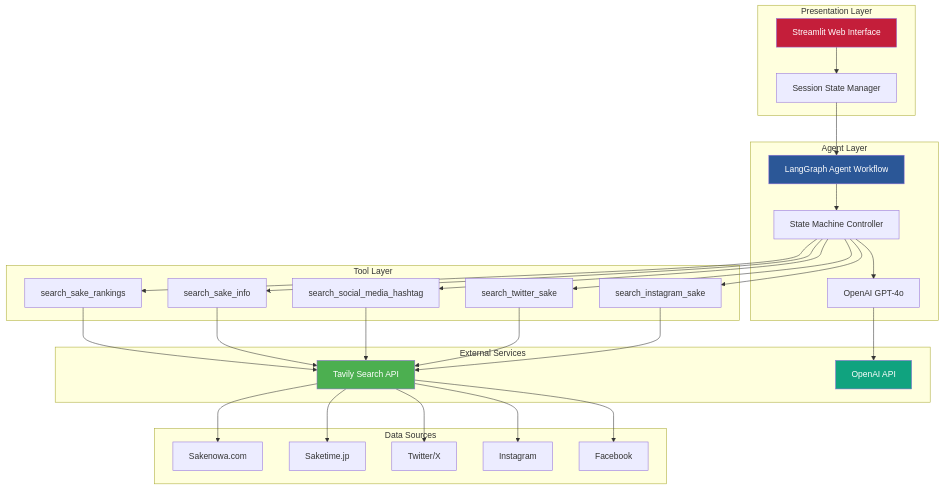
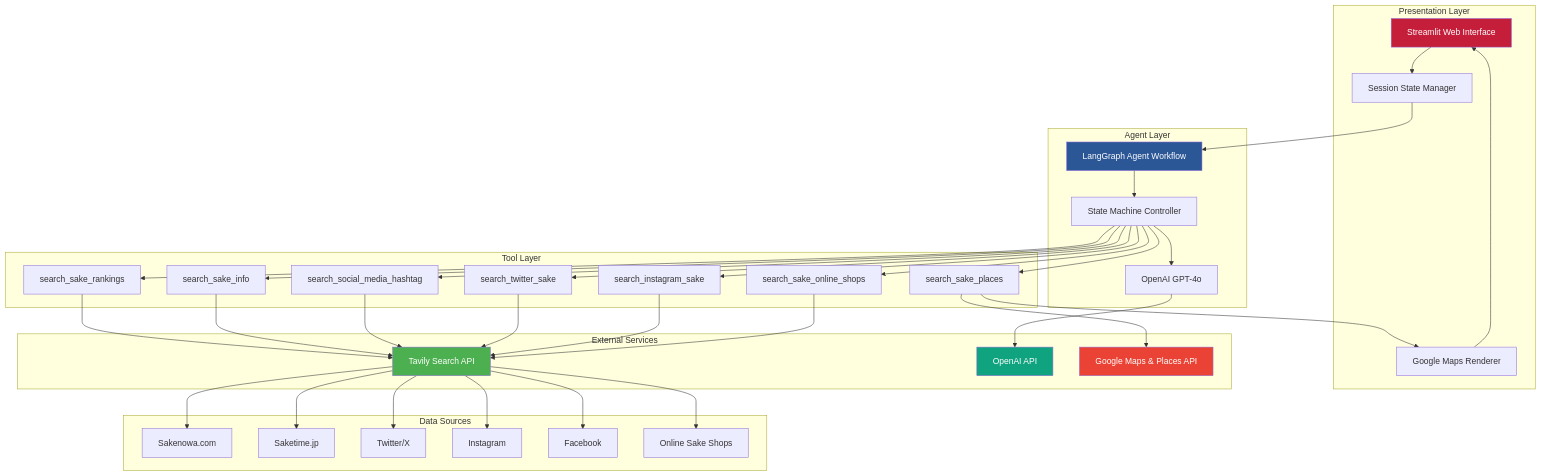
One commit to riko-py-mk/japan_sake_guide_app changed the first of 13 diagrams in SYSTEM_DIAGRAM.md. Above: the diagram before and after it, drawn with Mermaid. The commit also changed other lines of this file and 1 other file, not shown here.

First line of the commit message:
Update README and system architecture documentation

````diff
--- a/SYSTEM_DIAGRAM.md
+++ b/SYSTEM_DIAGRAM.md
@@ -16,48 +16,57 @@
 ```mermaid
 graph TB
     subgraph "Presentation Layer"
         UI[Streamlit Web Interface]
         SS[Session State Manager]
+        MAP[Google Maps Renderer]
     end
 
     subgraph "Agent Layer"
         AG[LangGraph Agent Workflow]
         SM[State Machine Controller]
         LLM[OpenAI GPT-4o]
     end
 
     subgraph "Tool Layer"
         T1[search_sake_rankings]
         T2[search_sake_info]
         T3[search_social_media_hashtag]
         T4[search_twitter_sake]
         T5[search_instagram_sake]
+        T6[search_sake_places]
+        T7[search_sake_online_shops]
     end
 
     subgraph "External Services"
         TAVILY[Tavily Search API]
         OPENAI[OpenAI API]
+        GMAPS[Google Maps & Places API]
     end
 
     subgraph "Data Sources"
         SK[Sakenowa.com]
         ST[Saketime.jp]
         TW[Twitter/X]
         IG[Instagram]
         FB[Facebook]
+        SHOPS[Online Sake Shops]
     end
 
     UI --> SS
     SS --> AG
     AG --> SM
     SM --> LLM
-    SM --> T1 & T2 & T3 & T4 & T5
-    T1 & T2 & T3 & T4 & T5 --> TAVILY
+    SM --> T1 & T2 & T3 & T4 & T5 & T6 & T7
+    T1 & T2 & T3 & T4 & T5 & T7 --> TAVILY
+    T6 --> GMAPS
     LLM --> OPENAI
-    TAVILY --> SK & ST & TW & IG & FB
+    TAVILY --> SK & ST & TW & IG & FB & SHOPS
+    T6 --> MAP
+    MAP --> UI
 
     style UI fill:#c41e3a,color:#fff
     style AG fill:#2b5797,color:#fff
     style TAVILY fill:#4CAF50,color:#fff
     style OPENAI fill:#10a37f,color:#fff
+    style GMAPS fill:#ea4335,color:#fff
 ```
````
